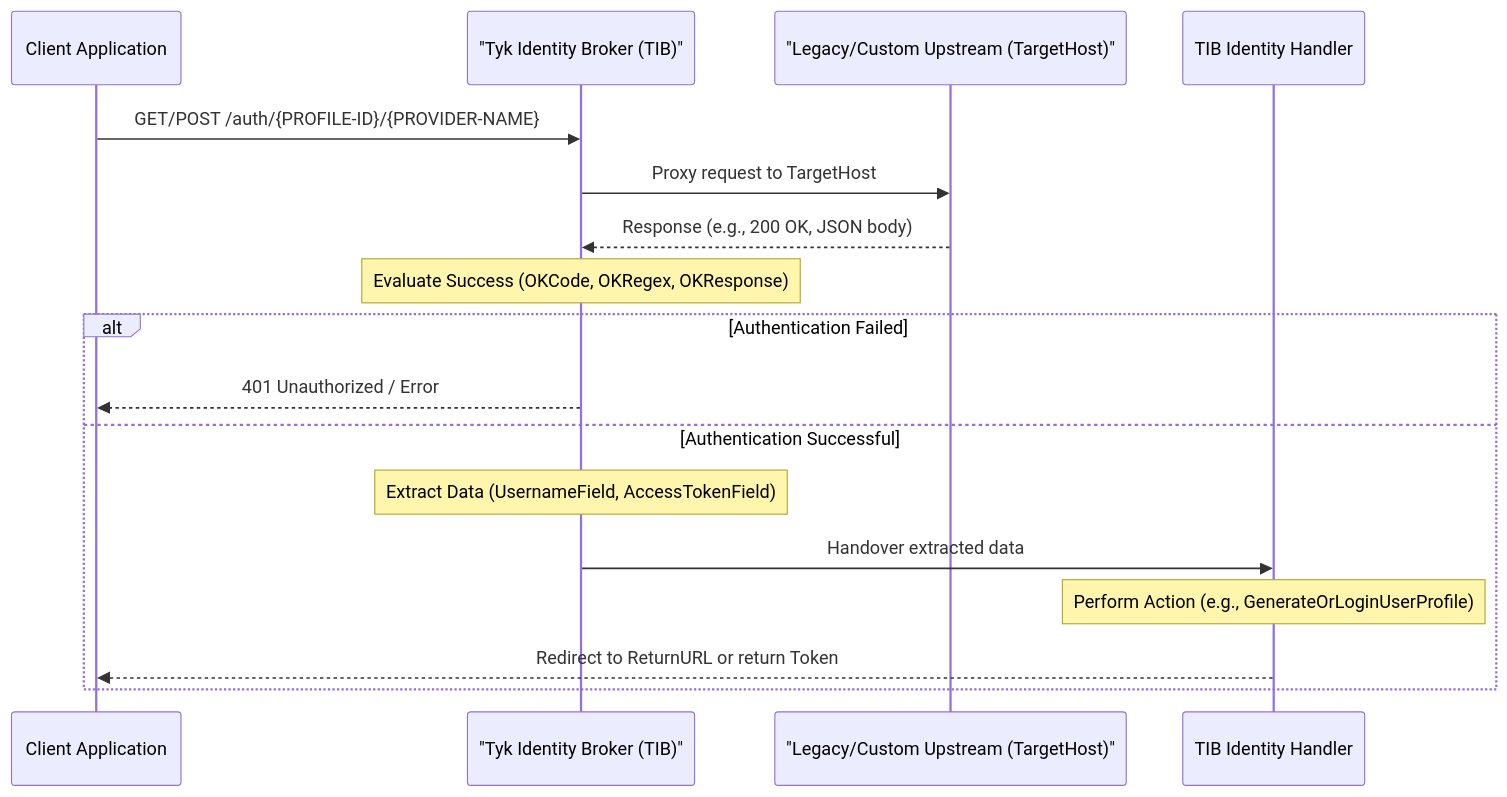
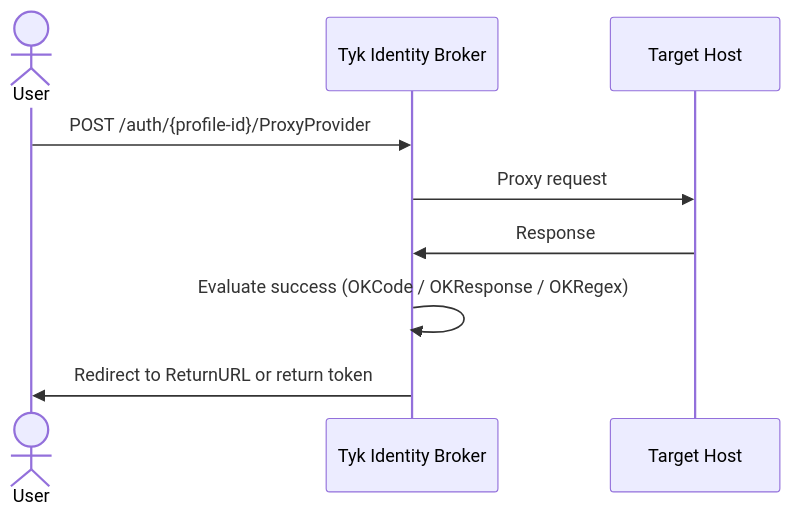
Before and after one commit to TykTechnologies/tyk-docs: the diagram in api-management/custom-auth-with-proxy-identity-provider.mdx, drawn with Mermaid. The commit also changed other lines of this file and 44 other files, not shown here.

Commit message:
docs: comprehensive rewrite of Tyk Identity Broker documentation

````diff
--- a/api-management/custom-auth-with-proxy-identity-provider.mdx
+++ b/api-management/custom-auth-with-proxy-identity-provider.mdx
@@ -18,22 +20,12 @@
 ```mermaid
 sequenceDiagram
-    participant Client as Client Application
-    participant TIB as "Tyk Identity Broker (TIB)"
-    participant Upstream as "Legacy/Custom Upstream (TargetHost)"
-    participant Handler as TIB Identity Handler
+    actor User
+    participant TIB as Tyk Identity Broker
+    participant Upstream as Target Host
 
-    Client->>TIB: GET/POST /auth/{PROFILE-ID}/{PROVIDER-NAME}
-    TIB->>Upstream: Proxy request to TargetHost
-    Upstream-->>TIB: Response (e.g., 200 OK, JSON body)
-    
-    Note over TIB: Evaluate Success (OKCode, OKRegex, OKResponse)
-    
-    alt Authentication Failed
-        TIB-->>Client: 401 Unauthorized / Error
-    else Authentication Successful
-        Note over TIB: Extract Data (UsernameField, AccessTokenField)
-        TIB->>Handler: Handover extracted data
-        Note over Handler: Perform Action (e.g., GenerateOrLoginUserProfile)
-        Handler-->>Client: Redirect to ReturnURL or return Token
-    end
+    User->>TIB: POST /auth/{profile-id}/ProxyProvider
+    TIB->>Upstream: Proxy request
+    Upstream->>TIB: Response
+    TIB->>TIB: Evaluate success (OKCode / OKResponse / OKRegex)
+    TIB->>User: Redirect to ReturnURL or return token
 ```
````
